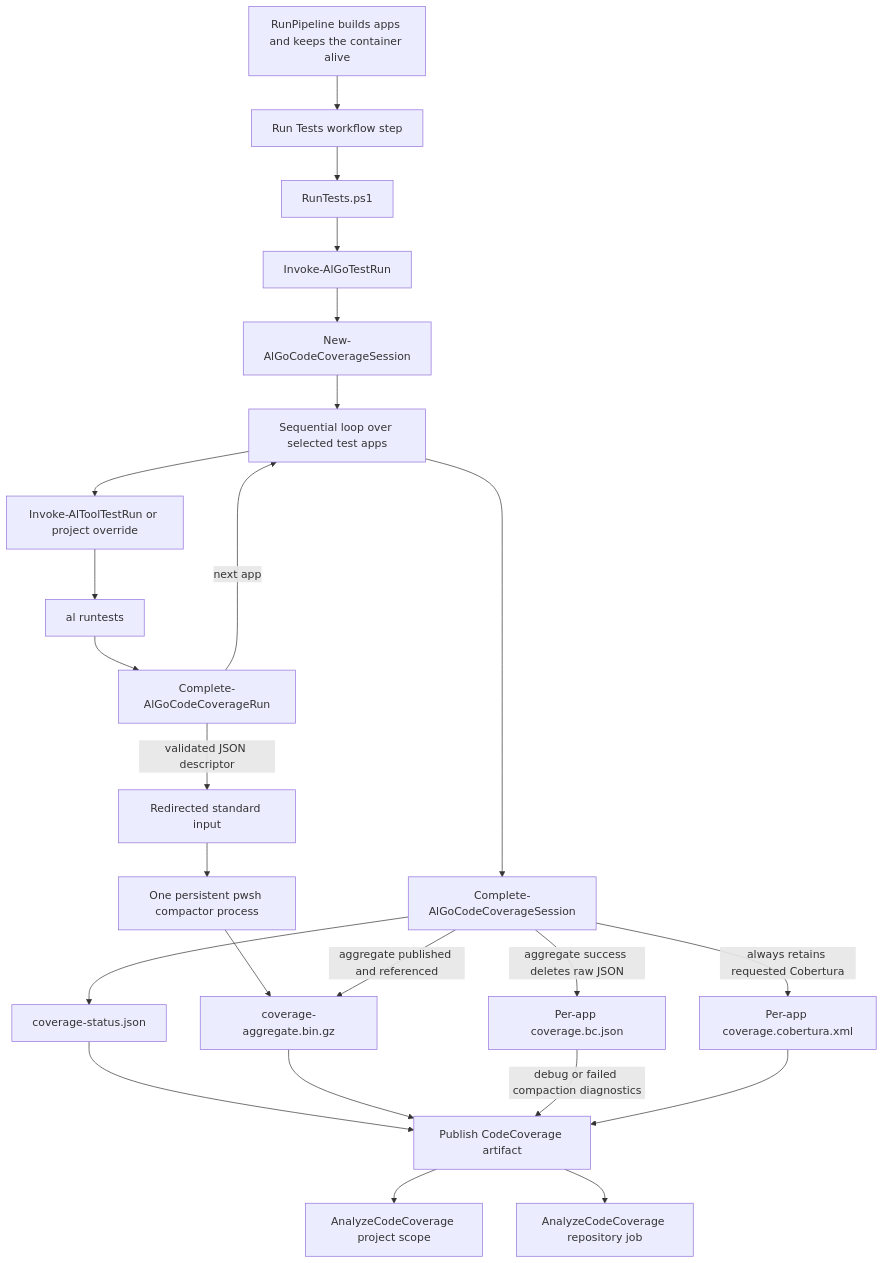
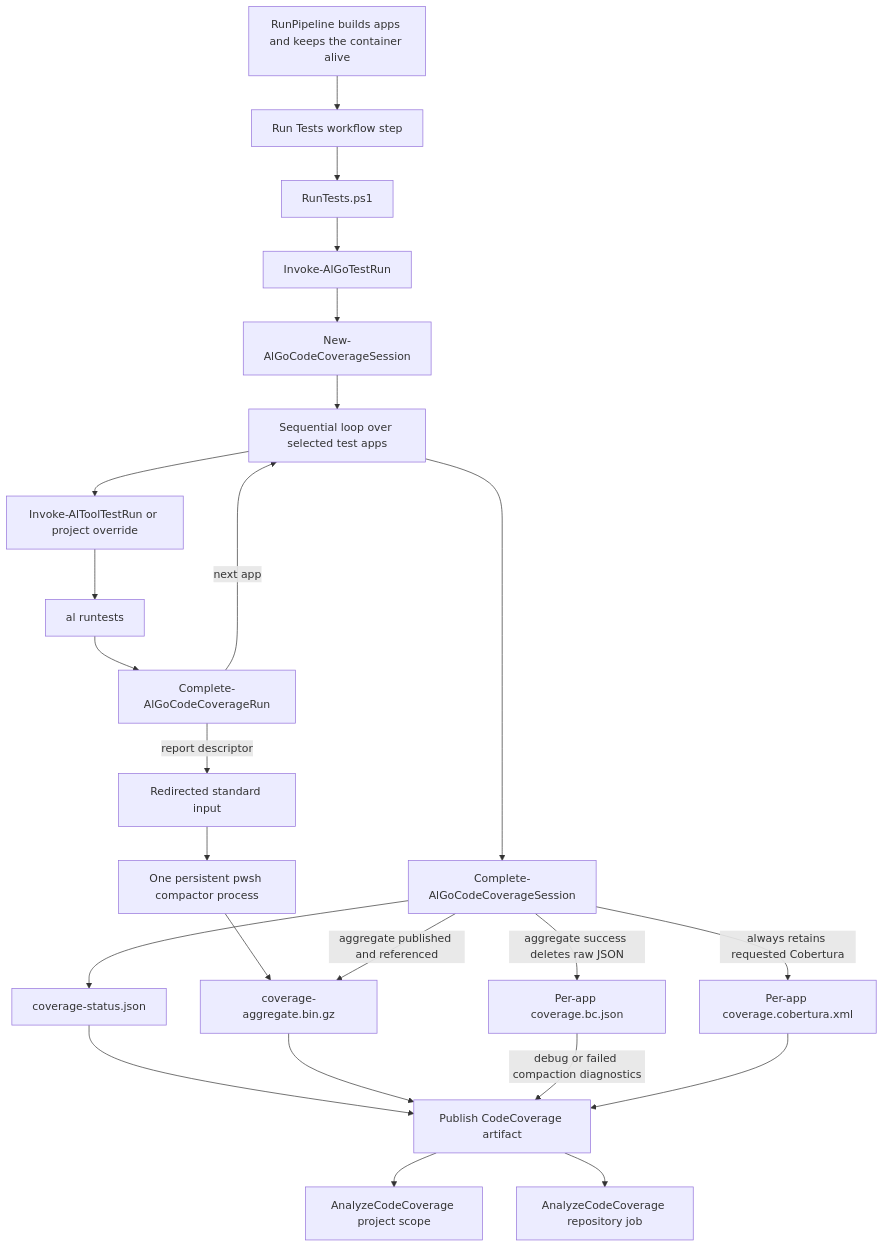
One commit to microsoft/AL-Go changed the first of 2 diagrams in Actions/RunTests/CodeCoverageArchitecture.md. Above: the diagram before and after it, drawn with Mermaid. The commit also changed other lines of this file and 8 other files, not shown here.

Commit message:
Only read full report in worker.

````diff
--- a/Actions/RunTests/CodeCoverageArchitecture.md
+++ b/Actions/RunTests/CodeCoverageArchitecture.md
@@ -16,40 +16,40 @@
 ```mermaid
 flowchart TD
     RP[RunPipeline builds apps and keeps the container alive]
     RT[Run Tests workflow step]
     ENTRY[RunTests.ps1]
     ORCH[Invoke-AlGoTestRun]
     SESSION[New-AlGoCodeCoverageSession]
     LOOP[Sequential loop over selected test apps]
     TOOL[Invoke-AlToolTestRun or project override]
     AL[al runtests]
     COMPLETE[Complete-AlGoCodeCoverageRun]
     PIPE[Redirected standard input]
     WORKER[One persistent pwsh compactor process]
     FINAL[Complete-AlGoCodeCoverageSession]
     STATUS[coverage-status.json]
     AGG[coverage-aggregate.bin.gz]
     RAW[Per-app coverage.bc.json]
     COB[Per-app coverage.cobertura.xml]
     UPLOAD[Publish CodeCoverage artifact]
     PROJECT[AnalyzeCodeCoverage project scope]
     REPOJOB[AnalyzeCodeCoverage repository job]
 
     RP --> RT --> ENTRY --> ORCH
     ORCH --> SESSION --> LOOP
     LOOP --> TOOL --> AL --> COMPLETE
     COMPLETE -->|next app| LOOP
-    COMPLETE -->|validated JSON descriptor| PIPE --> WORKER
+    COMPLETE -->|report descriptor| PIPE --> WORKER
     LOOP --> FINAL
     WORKER --> AGG
     FINAL --> STATUS
     FINAL -->|aggregate published and referenced| AGG
     FINAL -->|aggregate success deletes raw JSON| RAW
     FINAL -->|always retains requested Cobertura| COB
     STATUS --> UPLOAD
     AGG --> UPLOAD
     RAW -->|debug or failed compaction diagnostics| UPLOAD
     COB --> UPLOAD
     UPLOAD --> PROJECT
     UPLOAD --> REPOJOB
 ```
````
